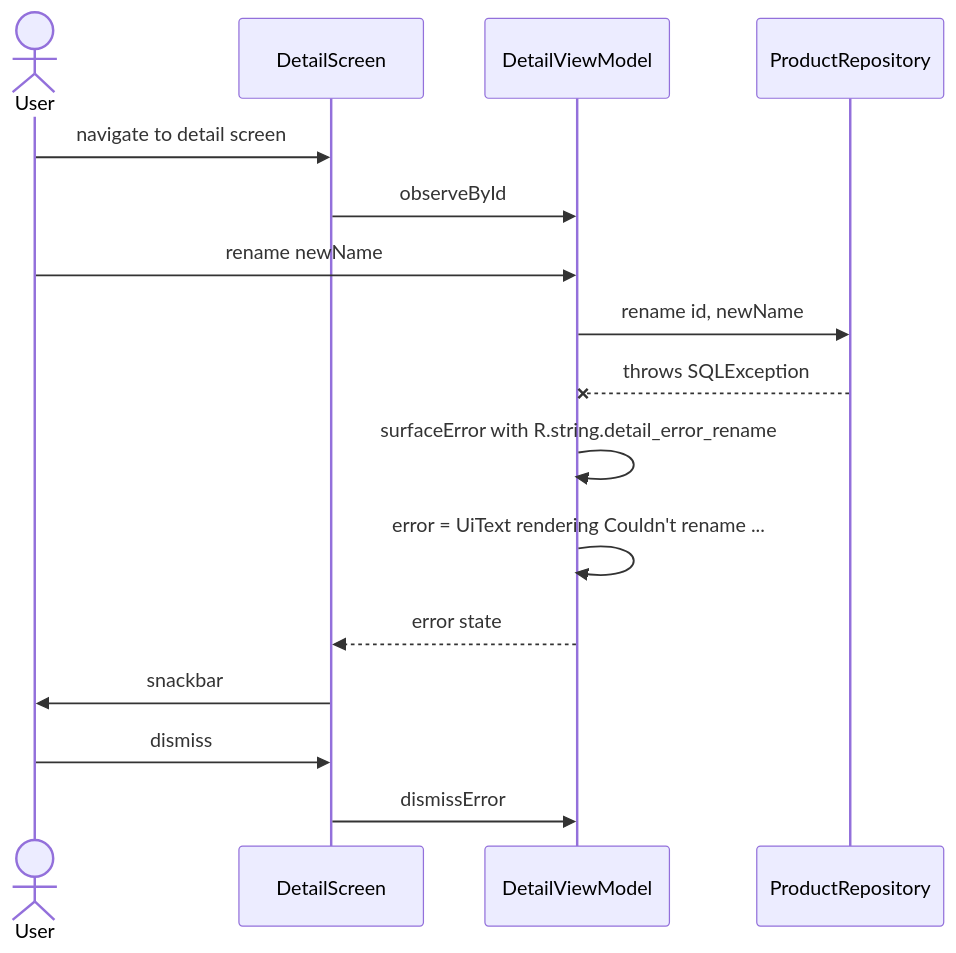
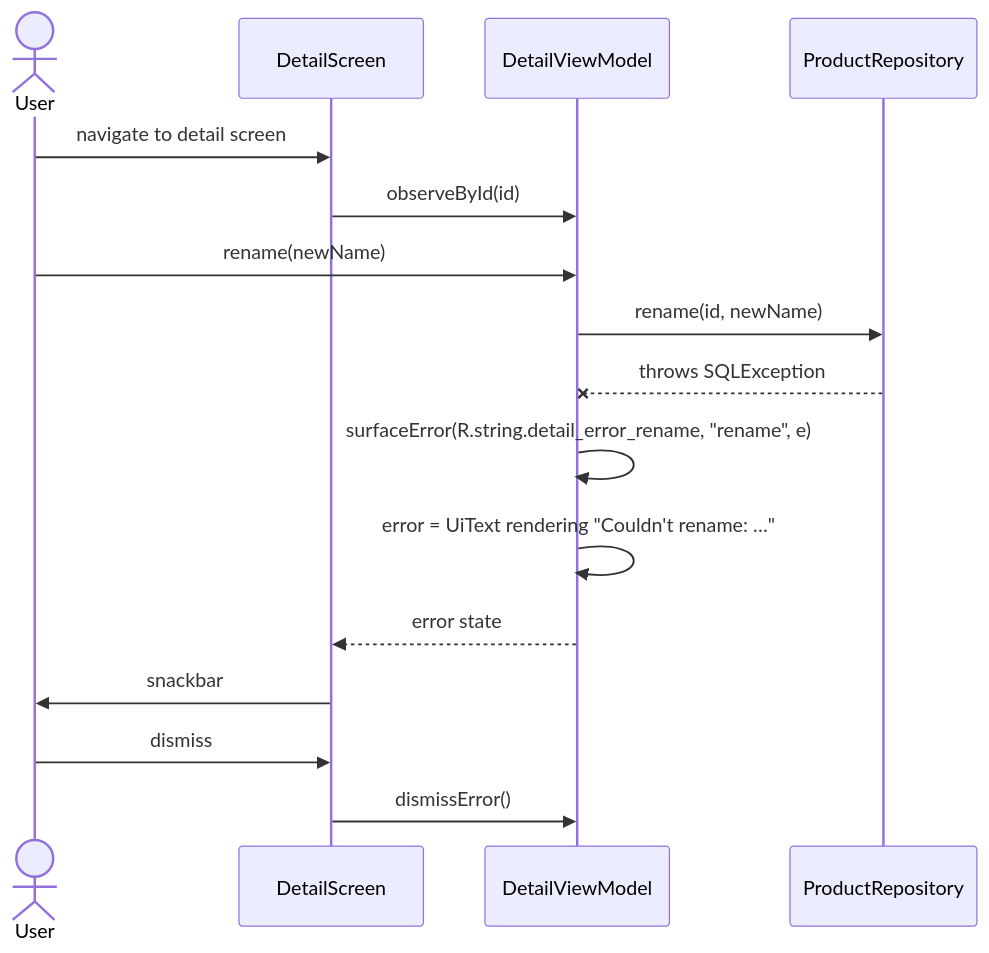
Before and after one commit to DocGerd/pantry-tracker: the fourth of 5 diagrams in docs/architecture/06-runtime-view.md, drawn with Mermaid. The commit also changed other lines of this file, not shown here.

First line of the commit message:
docs(223): restore rich method(args) labels in 06 sequence diagrams

````diff
--- a/docs/architecture/06-runtime-view.md
+++ b/docs/architecture/06-runtime-view.md
@@ -116,18 +116,18 @@
 ```mermaid
 sequenceDiagram
     actor User
     participant DS as DetailScreen
     participant VM as DetailViewModel
     participant Repo as ProductRepository
     User->>DS: navigate to detail screen
-    DS->>VM: observeById
-    User->>VM: rename newName
-    VM->>Repo: rename id, newName
+    DS->>VM: observeById(id)
+    User->>VM: rename(newName)
+    VM->>Repo: rename(id, newName)
     Repo--xVM: throws SQLException
-    VM->>VM: surfaceError with R.string.detail_error_rename
-    VM->>VM: error = UiText rendering Couldn't rename ...
+    VM->>VM: surfaceError(R.string.detail_error_rename, "rename", e)
+    VM->>VM: error = UiText rendering "Couldn't rename: …"
     VM-->>DS: error state
     DS->>User: snackbar
     User->>DS: dismiss
-    DS->>VM: dismissError
+    DS->>VM: dismissError()
 ```
````
